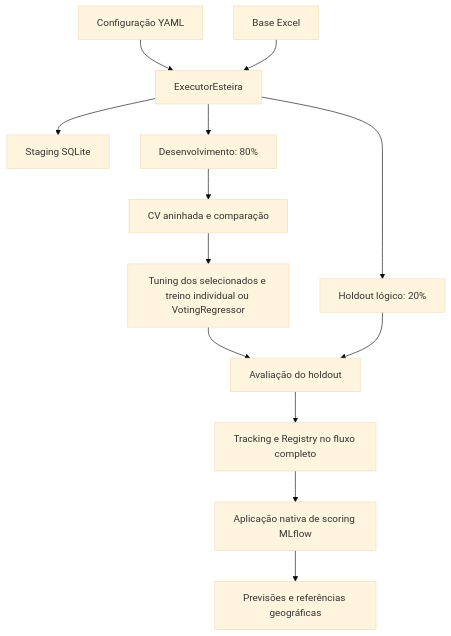
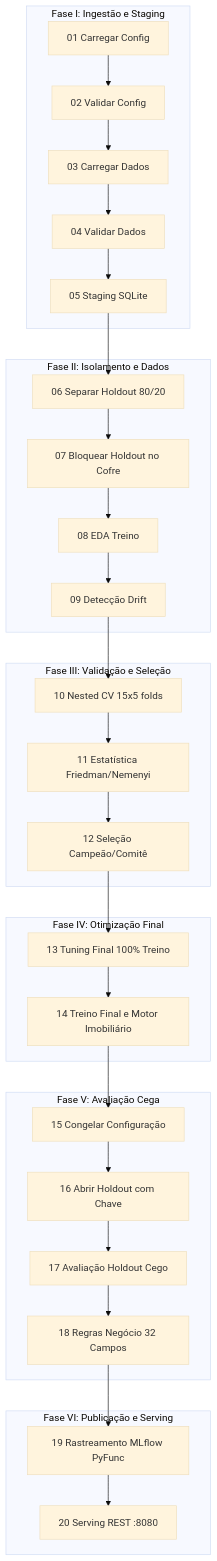
Before and after one commit to rodrigorocha1234/machine-learning-previsao_preco_ap_v3: the first of 2 diagrams in production_artifacts/Architecture.md, drawn with Mermaid (base theme). The commit also changed other lines of this file and 6 other files, not shown here.

Commit message:
docs: add 20-step pipeline workflow documentation and API business rules case study

````diff
--- a/production_artifacts/Architecture.md
+++ b/production_artifacts/Architecture.md
@@ -24,15 +26,34 @@
 ```mermaid
 flowchart TD
-    YAML[Configuração YAML] --> Pipeline[ExecutorEsteira]
-    Excel[Base Excel] --> Pipeline
-    Pipeline --> Staging[Staging SQLite]
-    Pipeline --> Dev[Desenvolvimento: 80%]
-    Pipeline --> Holdout[Holdout lógico: 20%]
-    Dev --> CV[CV aninhada e comparação]
-    CV --> Final[Tuning dos selecionados e treino individual ou VotingRegressor]
-    Final --> Avaliacao[Avaliação do holdout]
-    Holdout --> Avaliacao
-    Avaliacao --> MLflow[Tracking e Registry no fluxo completo]
-    MLflow --> Serving[Aplicação nativa de scoring MLflow]
-    Serving --> API[Previsões e referências geográficas]
+    subgraph FASE1[Fase I: Ingestão e Staging]
+        E01[01 Carregar Config] --> E02[02 Validar Config]
+        E02 --> E03[03 Carregar Dados]
+        E03 --> E04[04 Validar Dados]
+        E04 --> E05[05 Staging SQLite]
+    end
+    subgraph FASE2[Fase II: Isolamento e Dados]
+        E05 --> E06[06 Separar Holdout 80/20]
+        E06 --> E07[07 Bloquear Holdout no Cofre]
+        E07 --> E08[08 EDA Treino]
+        E08 --> E09[09 Detecção Drift]
+    end
+    subgraph FASE3[Fase III: Validação e Seleção]
+        E09 --> E10[10 Nested CV 15x5 folds]
+        E10 --> E11[11 Estatística Friedman/Nemenyi]
+        E11 --> E12[12 Seleção Campeão/Comitê]
+    end
+    subgraph FASE4[Fase IV: Otimização Final]
+        E12 --> E13[13 Tuning Final 100% Treino]
+        E13 --> E14[14 Treino Final e Motor Imobiliário]
+    end
+    subgraph FASE5[Fase V: Avaliação Cega]
+        E14 --> E15[15 Congelar Configuração]
+        E15 --> E16[16 Abrir Holdout com Chave]
+        E16 --> E17[17 Avaliação Holdout Cego]
+        E17 --> E18[18 Regras Negócio 32 Campos]
+    end
+    subgraph FASE6[Fase VI: Publicação e Serving]
+        E18 --> E19[19 Rastreamento MLflow PyFunc]
+        E19 --> E20[20 Serving REST :8080]
+    end
 ```
````
